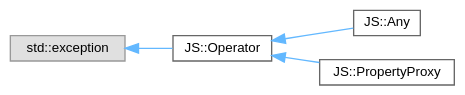
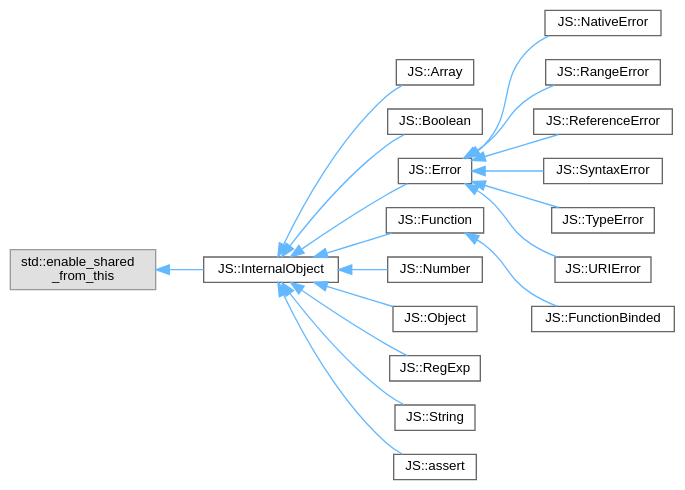
One commit to JS-CMP/JS-CMP changed the diagram in inherit_graph_12.dot. Above: the diagram before and after it, drawn with Graphviz. The commit also changed 202 other files, not shown here.

```diff
--- a/inherit_graph_12.dot
+++ b/inherit_graph_12.dot
@@ -1,15 +1,43 @@
 digraph "Graphical Class Hierarchy"
 {
  // LATEX_PDF_SIZE
   bgcolor="transparent";
   edge [fontname=Helvetica,fontsize=10,labelfontname=Helvetica,labelfontsize=10];
   node [fontname=Helvetica,fontsize=10,shape=box,height=0.2,width=0.4];
   rankdir="LR";
-  Node0 [id="Node000000",label="std::exception",height=0.2,width=0.4,color="grey60", fillcolor="#E0E0E0", style="filled",tooltip=" "];
-  Node0 -> Node1 [id="edge20_Node000000_Node000001",dir="back",color="steelblue1",style="solid",tooltip=" "];
-  Node1 [id="Node000001",label="JS::Operator",height=0.2,width=0.4,color="grey40", fillcolor="white", style="filled",URL="$classJS_1_1Operator.html",tooltip="Represents a JavaScript-like operator in C++ that can perform various operations on values."];
-  Node1 -> Node2 [id="edge21_Node000001_Node000002",dir="back",color="steelblue1",style="solid",tooltip=" "];
-  Node2 [id="Node000002",label="JS::Any",height=0.2,width=0.4,color="grey40", fillcolor="white", style="filled",URL="$classJS_1_1Any.html",tooltip="Represents a JavaScript-like variant type in C++ that can hold multiple types of values."];
-  Node1 -> Node3 [id="edge22_Node000001_Node000003",dir="back",color="steelblue1",style="solid",tooltip=" "];
-  Node3 [id="Node000003",label="JS::PropertyProxy",height=0.2,width=0.4,color="grey40", fillcolor="white", style="filled",URL="$classJS_1_1PropertyProxy.html",tooltip="Represents a proxy for accessing properties of an object in JavaScript."];
+  Node0 [id="Node000000",label="std::enable_shared\l_from_this",height=0.2,width=0.4,color="grey60", fillcolor="#E0E0E0", style="filled",tooltip=" "];
+  Node0 -> Node1 [id="edge3_Node000000_Node000001",dir="back",color="steelblue1",style="solid",tooltip=" "];
+  Node1 [id="Node000001",label="JS::InternalObject",height=0.2,width=0.4,color="grey40", fillcolor="white", style="filled",URL="$classJS_1_1InternalObject.html",tooltip="Represents a base object for all JavaScript-like objects in C++."];
+  Node1 -> Node2 [id="edge4_Node000001_Node000002",dir="back",color="steelblue1",style="solid",tooltip=" "];
+  Node2 [id="Node000002",label="JS::Array",height=0.2,width=0.4,color="grey40", fillcolor="white", style="filled",URL="$classJS_1_1Array.html",tooltip="Represents a JavaScript-like array object in C++."];
+  Node1 -> Node3 [id="edge5_Node000001_Node000003",dir="back",color="steelblue1",style="solid",tooltip=" "];
+  Node3 [id="Node000003",label="JS::Boolean",height=0.2,width=0.4,color="grey40", fillcolor="white", style="filled",URL="$classJS_1_1Boolean.html",tooltip="Represent the boolean object in C++."];
+  Node1 -> Node4 [id="edge6_Node000001_Node000004",dir="back",color="steelblue1",style="solid",tooltip=" "];
+  Node4 [id="Node000004",label="JS::Error",height=0.2,width=0.4,color="grey40", fillcolor="white", style="filled",URL="$classJS_1_1Error.html",tooltip="Represents a JavaScript Error in C++."];
+  Node4 -> Node5 [id="edge7_Node000004_Node000005",dir="back",color="steelblue1",style="solid",tooltip=" "];
+  Node5 [id="Node000005",label="JS::NativeError",height=0.2,width=0.4,color="grey40", fillcolor="white", style="filled",URL="$classJS_1_1NativeError.html",tooltip="Represents a JavaScript NativeError in C++."];
+  Node4 -> Node6 [id="edge8_Node000004_Node000006",dir="back",color="steelblue1",style="solid",tooltip=" "];
+  Node6 [id="Node000006",label="JS::RangeError",height=0.2,width=0.4,color="grey40", fillcolor="white", style="filled",URL="$classJS_1_1RangeError.html",tooltip="Represents a JavaScript NativeError in C++."];
+  Node4 -> Node7 [id="edge9_Node000004_Node000007",dir="back",color="steelblue1",style="solid",tooltip=" "];
+  Node7 [id="Node000007",label="JS::ReferenceError",height=0.2,width=0.4,color="grey40", fillcolor="white", style="filled",URL="$classJS_1_1ReferenceError.html",tooltip="Represents a JavaScript ReferenceError in C++."];
+  Node4 -> Node8 [id="edge10_Node000004_Node000008",dir="back",color="steelblue1",style="solid",tooltip=" "];
+  Node8 [id="Node000008",label="JS::SyntaxError",height=0.2,width=0.4,color="grey40", fillcolor="white", style="filled",URL="$classJS_1_1SyntaxError.html",tooltip="Represents a JavaScript SyntaxError in C++."];
+  Node4 -> Node9 [id="edge11_Node000004_Node000009",dir="back",color="steelblue1",style="solid",tooltip=" "];
+  Node9 [id="Node000009",label="JS::TypeError",height=0.2,width=0.4,color="grey40", fillcolor="white", style="filled",URL="$classJS_1_1TypeError.html",tooltip="Represents a JavaScript TypeError in C++."];
+  Node4 -> Node10 [id="edge12_Node000004_Node000010",dir="back",color="steelblue1",style="solid",tooltip=" "];
+  Node10 [id="Node000010",label="JS::URIError",height=0.2,width=0.4,color="grey40", fillcolor="white", style="filled",URL="$classJS_1_1URIError.html",tooltip="Represents a JavaScript URIError in C++."];
+  Node1 -> Node11 [id="edge13_Node000001_Node000011",dir="back",color="steelblue1",style="solid",tooltip=" "];
+  Node11 [id="Node000011",label="JS::Function",height=0.2,width=0.4,color="grey40", fillcolor="white", style="filled",URL="$classJS_1_1Function.html",tooltip="Represents a JavaScript-like function object in C++."];
+  Node11 -> Node12 [id="edge14_Node000011_Node000012",dir="back",color="steelblue1",style="solid",tooltip=" "];
+  Node12 [id="Node000012",label="JS::FunctionBinded",height=0.2,width=0.4,color="grey40", fillcolor="white", style="filled",URL="$classJS_1_1FunctionBinded.html",tooltip="Represents a binded function object in C++. This class is a subclass of Function."];
+  Node1 -> Node13 [id="edge15_Node000001_Node000013",dir="back",color="steelblue1",style="solid",tooltip=" "];
+  Node13 [id="Node000013",label="JS::Number",height=0.2,width=0.4,color="grey40", fillcolor="white", style="filled",URL="$classJS_1_1Number.html",tooltip="Represent the number object in C++."];
+  Node1 -> Node14 [id="edge16_Node000001_Node000014",dir="back",color="steelblue1",style="solid",tooltip=" "];
+  Node14 [id="Node000014",label="JS::Object",height=0.2,width=0.4,color="grey40", fillcolor="white", style="filled",URL="$classJS_1_1Object.html",tooltip="Represents a JavaScript-like object in C++."];
+  Node1 -> Node15 [id="edge17_Node000001_Node000015",dir="back",color="steelblue1",style="solid",tooltip=" "];
+  Node15 [id="Node000015",label="JS::RegExp",height=0.2,width=0.4,color="grey40", fillcolor="white", style="filled",URL="$classJS_1_1RegExp.html",tooltip="Represents a JavaScript-like RegExp object in C++."];
+  Node1 -> Node16 [id="edge18_Node000001_Node000016",dir="back",color="steelblue1",style="solid",tooltip=" "];
+  Node16 [id="Node000016",label="JS::String",height=0.2,width=0.4,color="grey40", fillcolor="white", style="filled",URL="$classJS_1_1String.html",tooltip="Represents the string object in C++."];
+  Node1 -> Node17 [id="edge19_Node000001_Node000017",dir="back",color="steelblue1",style="solid",tooltip=" "];
+  Node17 [id="Node000017",label="JS::assert",height=0.2,width=0.4,color="grey40", fillcolor="white", style="filled",URL="$classJS_1_1assert.html",tooltip=" "];
 }
```
